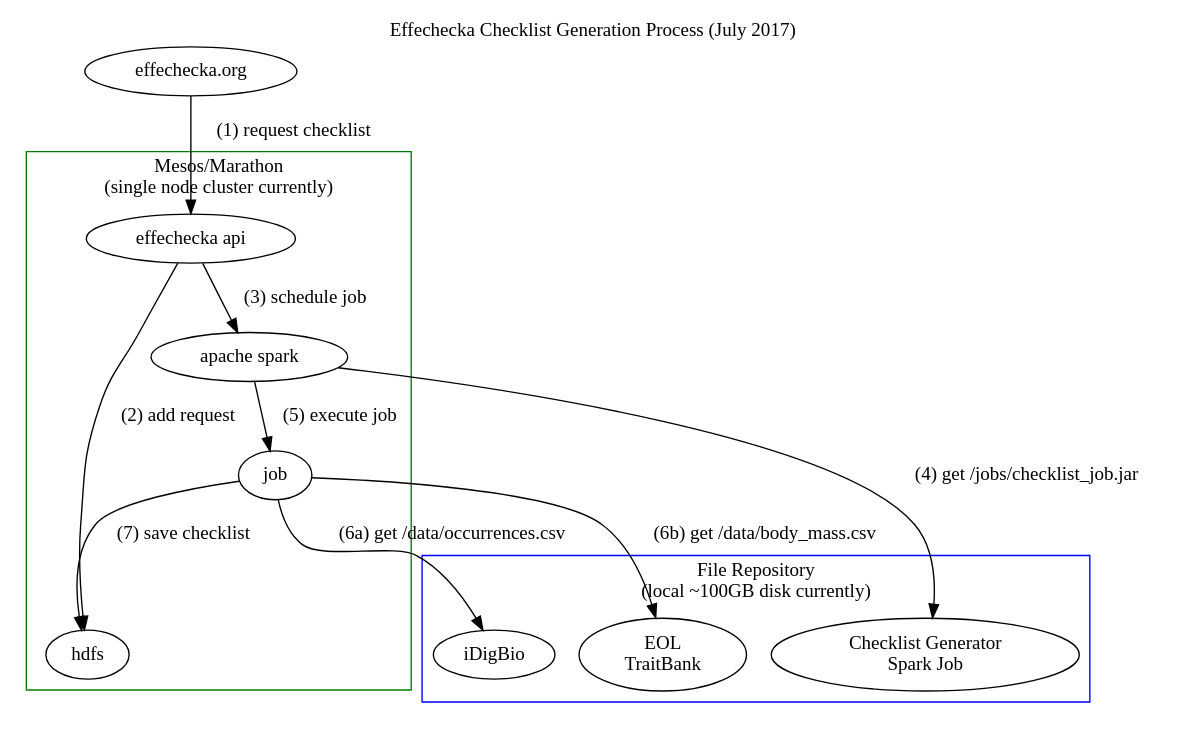
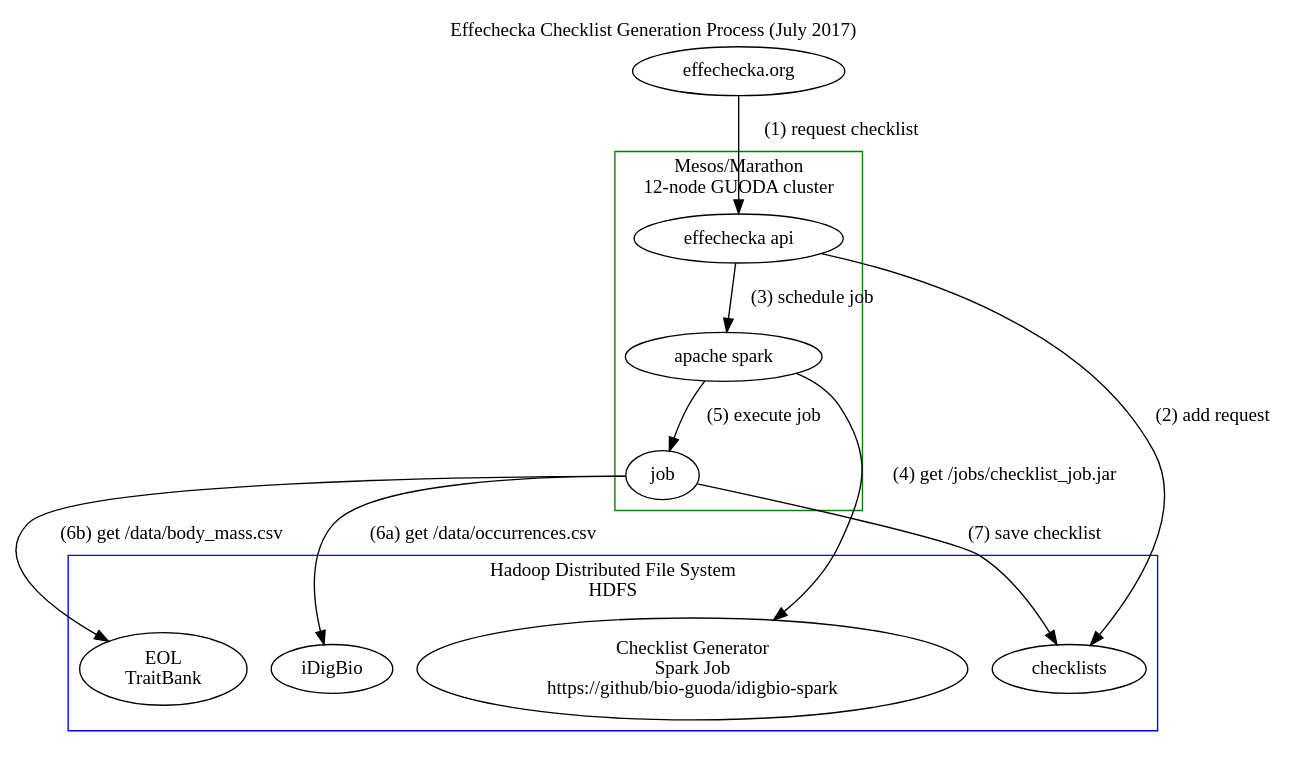
Before and after one commit to jhpoelen/effechecka: the diagram in assets/checklistGenerationProcess.dot, drawn with Graphviz. The commit also changed 1 other file, not shown here.

```diff
--- a/assets/checklistGenerationProcess.dot
+++ b/assets/checklistGenerationProcess.dot
@@ -1,24 +1,24 @@
 digraph G {
   labelloc="t";
   label="Effechecka Checklist Generation Process (July 2017)";
   compound=true;
   fontname="bold";
   "effechecka.org" -> "effechecka api"[label=" (1) request checklist"]
   subgraph cluster0 {
-    "effechecka api" -> "hdfs"[label=" (2) add request"];
 	"effechecka api" -> "apache spark"[label=" (3) schedule job"];
   "apache spark" -> "job"[label= " (5) execute job"];
-	"job" -> "hdfs"[label=" (7) save checklist"];
-    label = "Mesos/Marathon\n(single node cluster currently)";
+    label = "Mesos/Marathon\n12-node GUODA cluster";
     color = "green";
   }
 
   subgraph cluster1 {
 		"job" -> "iDigBio"[label= " (6a) get /data/occurrences.csv"];
+		"job" -> "checklists"[label=" (7) save checklist"];
+    		"effechecka api" -> "checklists"[label=" (2) add request"];
 		"job" -> "EOL\nTraitBank"[label= " (6b) get /data/body_mass.csv"];
-		"apache spark" -> "Checklist Generator\nSpark Job"[label= " (4) get /jobs/checklist_job.jar"];
-		label = "File Repository\n(local ~100GB disk currently)"
+		"apache spark" -> "Checklist Generator\nSpark Job\nhttps://github/bio-guoda/idigbio-spark"[label= " (4) get /jobs/checklist_job.jar"];
+		label = "Hadoop Distributed File System\nHDFS"
 		color = "blue"
   }
 
 }
```
